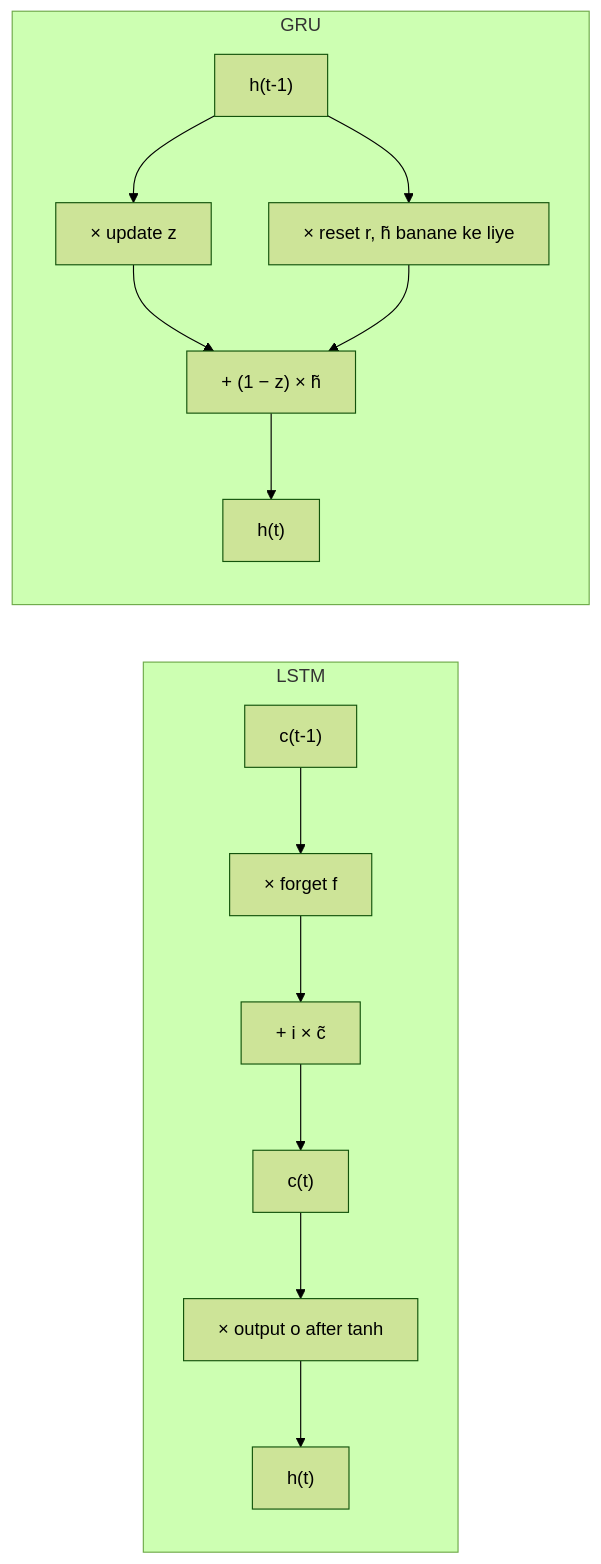
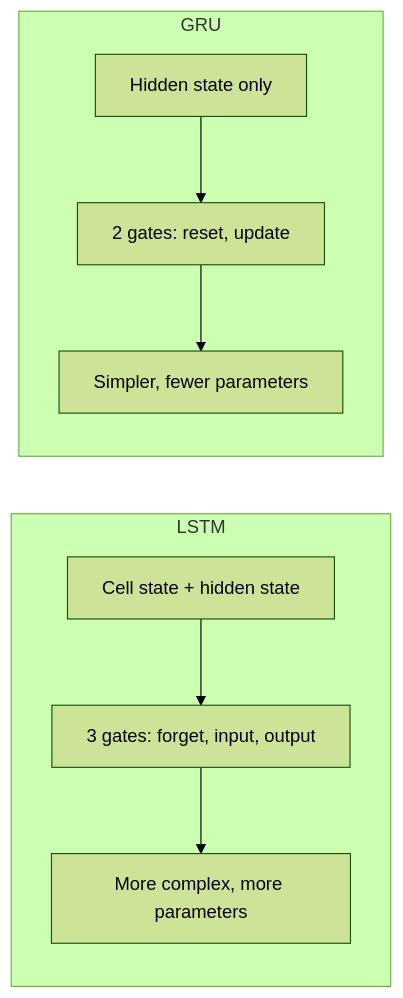
One commit to TrendySloth1001/sem-seven-notes changed the diagram in content/deep-learning/pyq/2024-12/q3b.hi.mdx. Above: the diagram before and after it, drawn with Mermaid (forest theme). The commit also changed other lines of this file and 186 other files, not shown here.

````diff
--- a/content/deep-learning/pyq/2024-12/q3b.hi.mdx
+++ b/content/deep-learning/pyq/2024-12/q3b.hi.mdx
@@ -36,12 +13,10 @@
 ```mermaid
-%% caption: Left, LSTM: do state lines aur teen gates. Right, GRU: ek state line aur do gates; ek update gate purani memory (z) bhi rakhta hai aur nayi memory (1 − z) bhi add karta hai.
+%% caption: Dono architectures side by side. LSTM do memories aur teen gates rakhta hai; GRU ek memory aur do gates.
 flowchart LR
-  subgraph LSTM["LSTM"]
-    LC0["c(t-1)"] --> LF["× forget f"] --> LA["+ i × c̃"] --> LC1["c(t)"]
-    LC1 --> LO["× output o after tanh"] --> LH["h(t)"]
+  subgraph L["LSTM"]
+    L1["Cell state + hidden state"] --> L2["3 gates: forget, input, output"] --> L3["More complex, more parameters"]
   end
-  subgraph GRU["GRU"]
-    G0["h(t-1)"] --> GZ["× update z"] --> GA["+ (1 − z) × h̃"] --> G1["h(t)"]
-    G0 --> GR["× reset r, h̃ banane ke liye"] --> GA
+  subgraph G["GRU"]
+    G1["Hidden state only"] --> G2["2 gates: reset, update"] --> G3["Simpler, fewer parameters"]
   end
 ```
````
